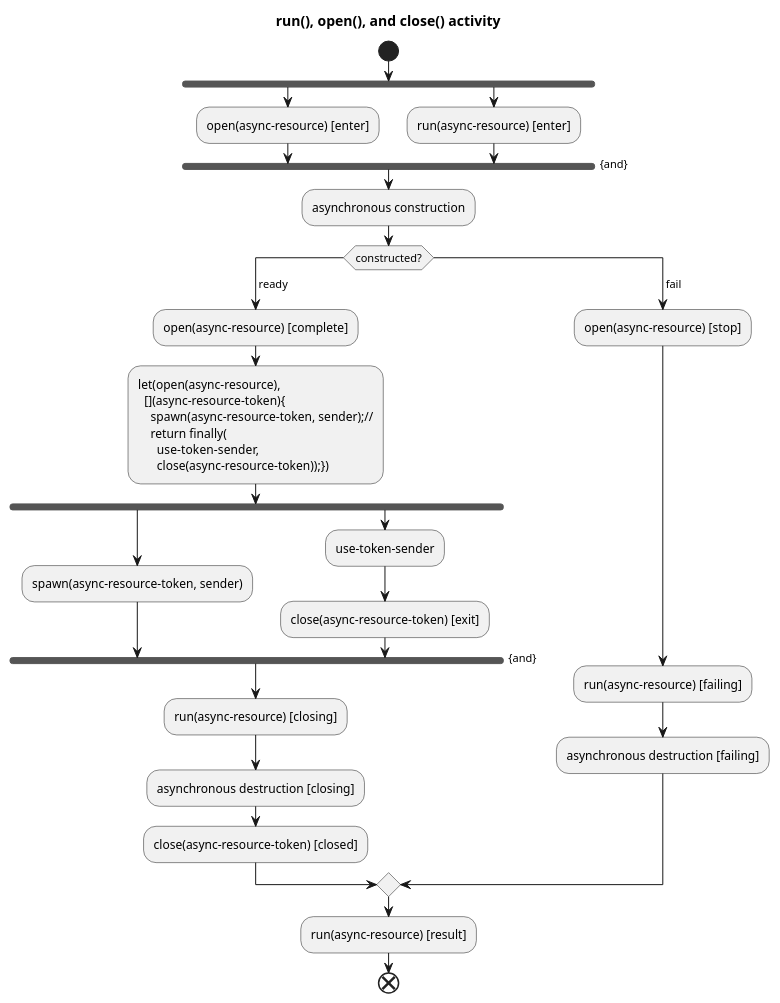
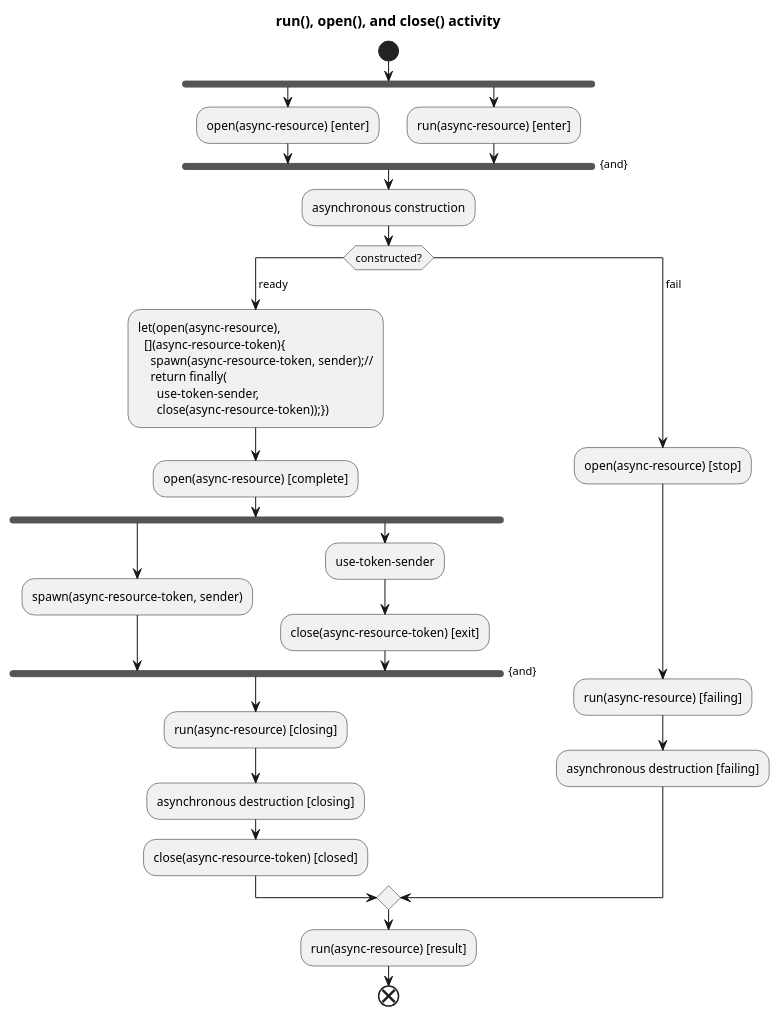
Before and after one commit to kirkshoop/async_scope: the first of 6 diagrams in async-resource.md, drawn with PlantUML. The commit also changed other lines of this file, not shown here.

Commit message:
fix activity diagram

````diff
--- a/async-resource.md
+++ b/async-resource.md
@@ -256,60 +256,63 @@
 ```plantuml
 !pragma layout smetana
 title run(), open(), and close() activity
 
 start
 fork
   :open(async-resource) [enter];
 fork again
   :run(async-resource) [enter];
 end fork {and}
 
 :asynchronous construction;
 
 switch (constructed?)
 case ( ready )
-:open(async-resource) [complete];
-
 :let(open(async-resource), 
   [](async-resource-token){
     spawn(async-resource-token, sender);//
     return finally(
       use-token-sender,
       close(async-resource-token));});
+
+:open(async-resource) [complete];
 
 fork
   :spawn(async-resource-token, sender);
 fork again
   :use-token-sender;
   :close(async-resource-token) [exit];
 end fork {and}
 
 :run(async-resource) [closing];
 
 :asynchronous destruction [closing];
 
 :close(async-resource-token) [closed];
 
 case ( fail )
+
+'alignment
+label sp_r0
+label sp_r1
+label sp_r2
+label sp_r3
+
 :open(async-resource) [stop];
 
 'alignment
 label sp_lab0
 label sp_lab1
 label sp_lab2
 label sp_lab3
 label sp_lab4
-label sp_lab5
-label sp_lab6
-label sp_lab7
-label sp_lab8
 
 :run(async-resource) [failing];
 
 :asynchronous destruction [failing];
 
 endswitch 
 
 :run(async-resource) [result];
 end
 ```
````
